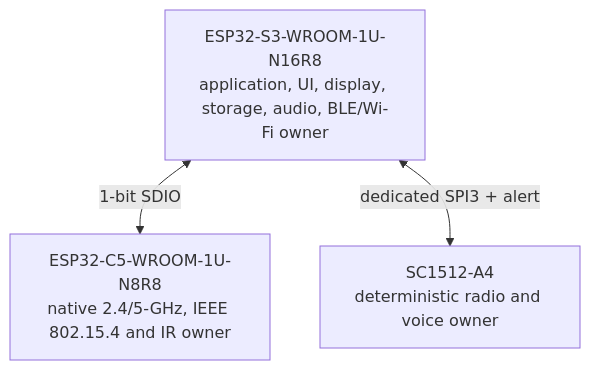
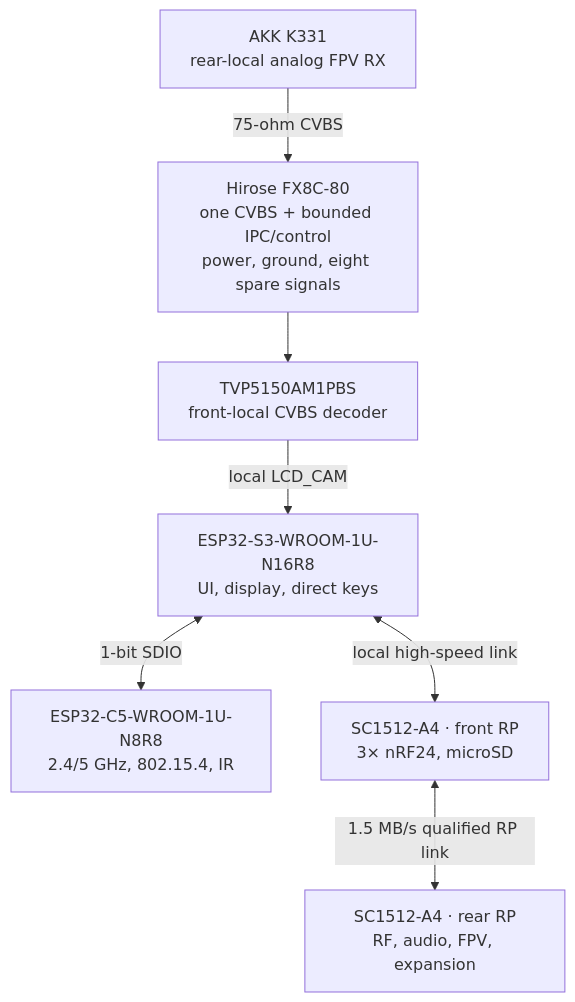
Before and after one commit to anton-vinogradov/esp32-leshy2: the diagram in docs/schematics.md, drawn with Mermaid. The commit also changed other lines of this file and 41 other files, not shown here.

````diff
--- a/docs/schematics.md
+++ b/docs/schematics.md
@@ -73,8 +23,17 @@
 ```mermaid
 flowchart TD
-S3["ESP32-S3-WROOM-1U-N16R8<br/>application, UI, display, storage, audio, BLE/Wi-Fi owner"]
-C5["ESP32-C5-WROOM-1U-N8R8<br/>native 2.4/5-GHz, IEEE 802.15.4 and IR owner"]
-RP["SC1512-A4<br/>deterministic radio and voice owner"]
+  S3["ESP32-S3-WROOM-1U-N16R8<br/>UI, display, direct keys"]
+  C5["ESP32-C5-WROOM-1U-N8R8<br/>2.4/5 GHz, 802.15.4, IR"]
+  FRP["SC1512-A4 · front RP<br/>3× nRF24, microSD"]
+  RRP["SC1512-A4 · rear RP<br/>RF, audio, FPV, expansion"]
+  TVP["TVP5150AM1PBS<br/>front-local CVBS decoder"]
+  K331["AKK K331<br/>rear-local analog FPV RX"]
+  M1["Hirose FX8C-80<br/>one CVBS + bounded IPC/control<br/>power, ground, eight spare signals"]
+
   S3 <-->|"1-bit SDIO"| C5
-  S3 <-->|"dedicated SPI3 + alert"| RP
+  S3 <-->|"local high-speed link"| FRP
+  FRP <-->|"1.5 MB/s qualified RP link"| RRP
+  K331 -->|"75-ohm CVBS"| M1
+  M1 --> TVP
+  TVP -->|"local LCD_CAM"| S3
 ```
````
